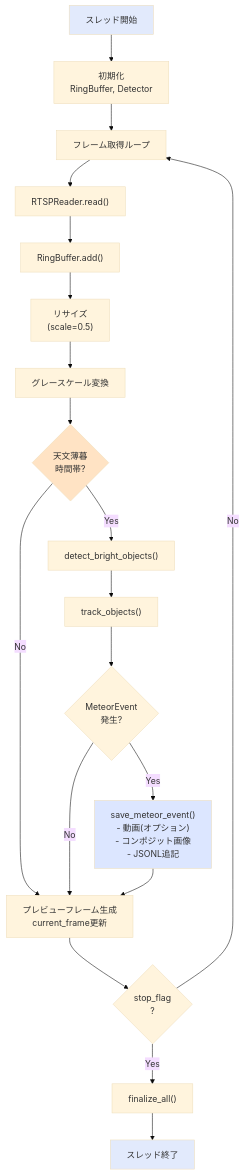
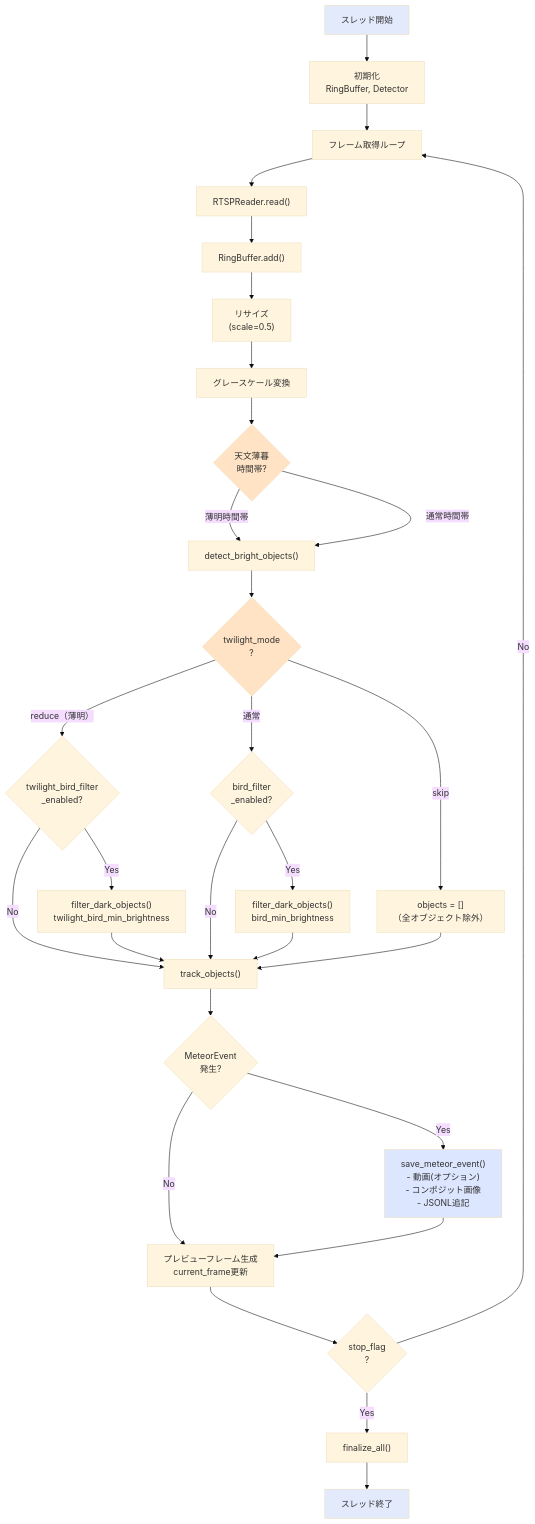
The seventh of 12 diagrams in documents/DETECTOR_COMPONENTS.md (Masakai/meteo), drawn with Mermaid (base theme) before and after one commit. The commit also changed 3 other files, not shown here.

````diff
--- a/documents/DETECTOR_COMPONENTS.md
+++ b/documents/DETECTOR_COMPONENTS.md
@@ -496,52 +496,72 @@
 ```mermaid
 flowchart TD
     Start["スレッド開始"]
     Init["初期化<br/>RingBuffer, Detector"]
 
     Loop["フレーム取得ループ"]
     ReadFrame["RTSPReader.read()"]
     CheckTime{"天文薄暮<br/>時間帯?"}
 
     AddBuffer["RingBuffer.add()"]
     Resize["リサイズ<br/>(scale=0.5)"]
     Gray["グレースケール変換"]
 
     Detect["detect_bright_objects()"]
+    CheckTwilightMode{"twilight_mode<br/>?"}
+    SkipObjects["objects = []<br/>（全オブジェクト除外）"]
+    CheckTwilightFilter{"twilight_bird_filter<br/>_enabled?"}
+    FilterDarkTwilight["filter_dark_objects()<br/>twilight_bird_min_brightness"]
+    CheckNormalFilter{"bird_filter<br/>_enabled?"}
+    FilterDarkNormal["filter_dark_objects()<br/>bird_min_brightness"]
     Track["track_objects()"]
 
     CheckEvent{"MeteorEvent<br/>発生?"}
     SaveEvent["save_meteor_event()<br/>- 動画(オプション)<br/>- コンポジット画像<br/>- JSONL追記"]
 
     UpdatePreview["プレビューフレーム生成<br/>current_frame更新"]
 
     CheckStop{"stop_flag<br/>?"}
     Finalize["finalize_all()"]
     End["スレッド終了"]
 
     Start --> Init
     Init --> Loop
     Loop --> ReadFrame
     ReadFrame --> AddBuffer
     AddBuffer --> Resize
     Resize --> Gray
     Gray --> CheckTime
 
-    CheckTime -->|"Yes"| Detect
-    CheckTime -->|"No"| UpdatePreview
+    CheckTime -->|"薄明時間帯"| Detect
+    CheckTime -->|"通常時間帯"| Detect
 
-    Detect --> Track
+    Detect --> CheckTwilightMode
+    CheckTwilightMode -->|"skip"| SkipObjects
+    CheckTwilightMode -->|"reduce（薄明）"| CheckTwilightFilter
+    CheckTwilightMode -->|"通常"| CheckNormalFilter
+
+    CheckTwilightFilter -->|"Yes"| FilterDarkTwilight
+    CheckTwilightFilter -->|"No"| Track
+    FilterDarkTwilight --> Track
+
+    CheckNormalFilter -->|"Yes"| FilterDarkNormal
+    CheckNormalFilter -->|"No"| Track
+    FilterDarkNormal --> Track
+
+    SkipObjects --> Track
     Track --> CheckEvent
     CheckEvent -->|"Yes"| SaveEvent
     CheckEvent -->|"No"| UpdatePreview
     SaveEvent --> UpdatePreview
 
     UpdatePreview --> CheckStop
     CheckStop -->|"No"| Loop
     CheckStop -->|"Yes"| Finalize
     Finalize --> End
 
     style Start fill:#e2eafc
     style SaveEvent fill:#dce6ff
     style CheckTime fill:#ffe3c4
+    style CheckTwilightMode fill:#ffe3c4
     style End fill:#e2eafc
 ```
````
